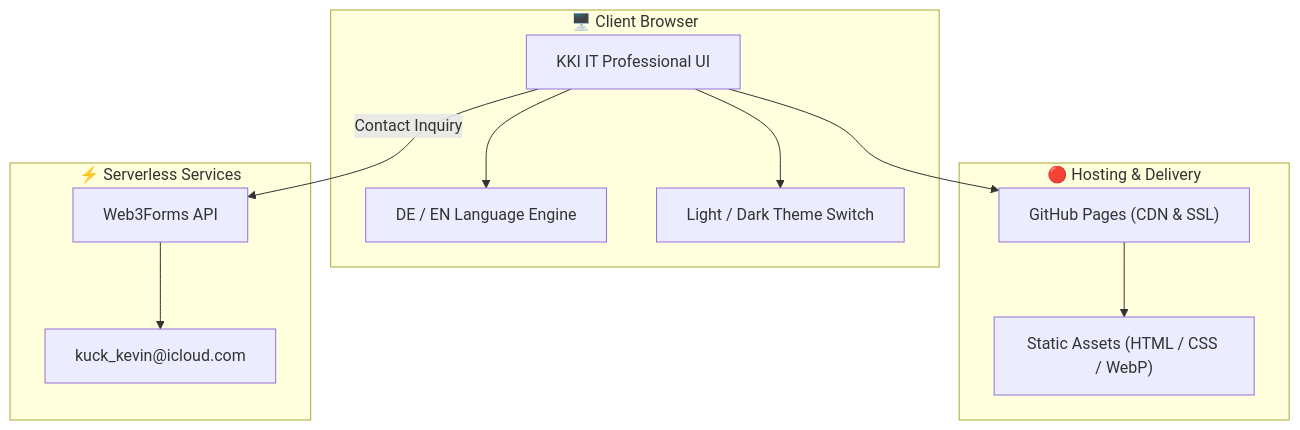
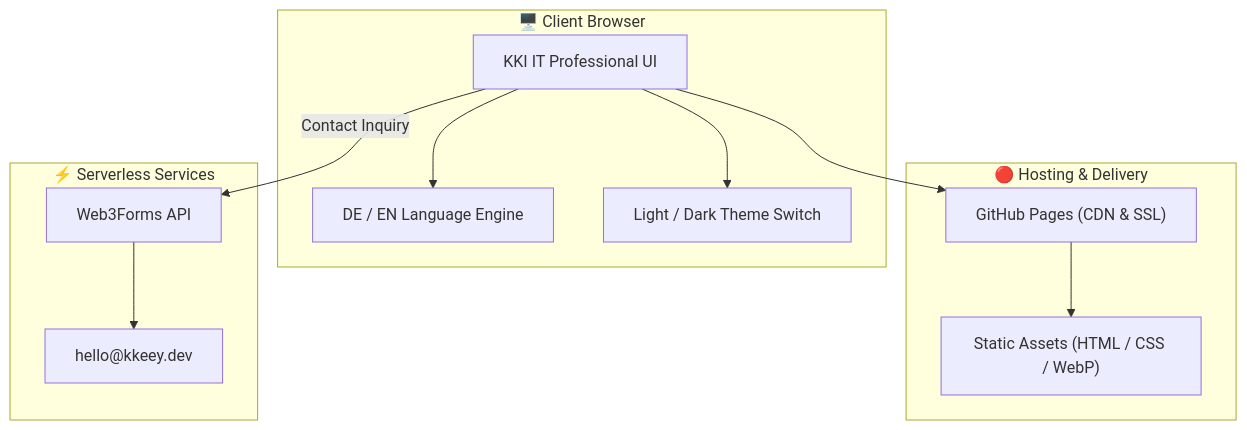
One commit to KKEEY92/CV_IT_KKEEY changed the diagram in README.md. Above: the diagram before and after it, drawn with Mermaid. The commit also changed other lines of this file and 3 other files, not shown here.

Commit message:
fix: Domain it.kkeey.dev, hello@kkeey.dev, offener IT-Administrator-Titel, Mappe neu

````diff
--- a/README.md
+++ b/README.md
@@ -45,23 +45,23 @@
 ```mermaid
 graph TD
     subgraph Client["🖥️ Client Browser"]
         UI["KKI IT Professional UI"]
         LANG["DE / EN Language Engine"]
         THEME["Light / Dark Theme Switch"]
     end
     
     subgraph Host["🔴 Hosting & Delivery"]
         GH["GitHub Pages (CDN & SSL)"]
         ASSETS["Static Assets (HTML / CSS / WebP)"]
     end
 
     subgraph Service["⚡ Serverless Services"]
         W3F["Web3Forms API"]
-        MAIL["kuck_kevin@icloud.com"]
+        MAIL["hello@kkeey.dev"]
     end
 
     UI --> GH
     GH --> ASSETS
     UI --> LANG & THEME
     UI -->|Contact Inquiry| W3F --> MAIL
 ```
````
